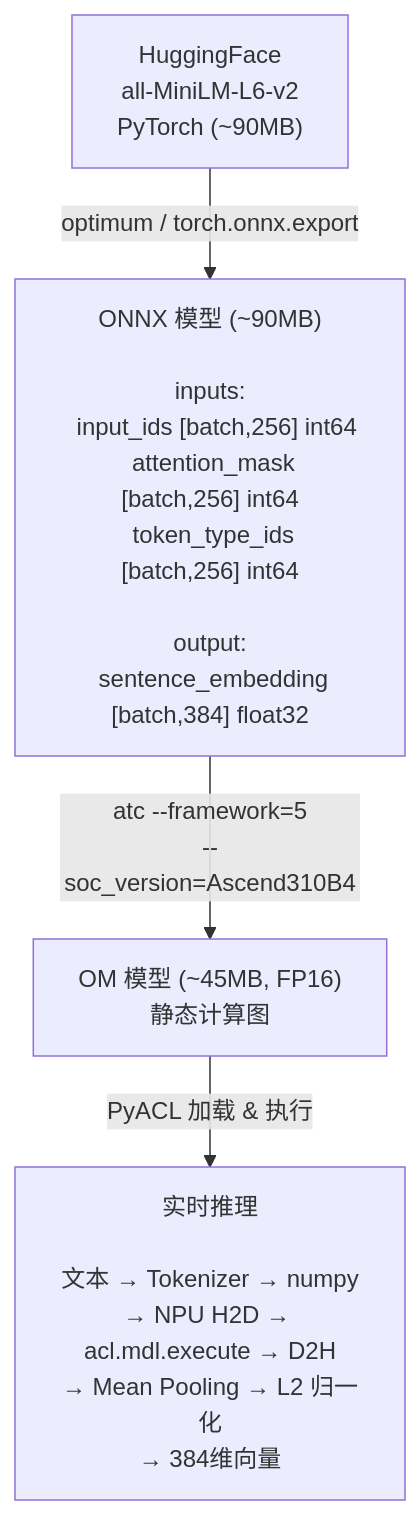
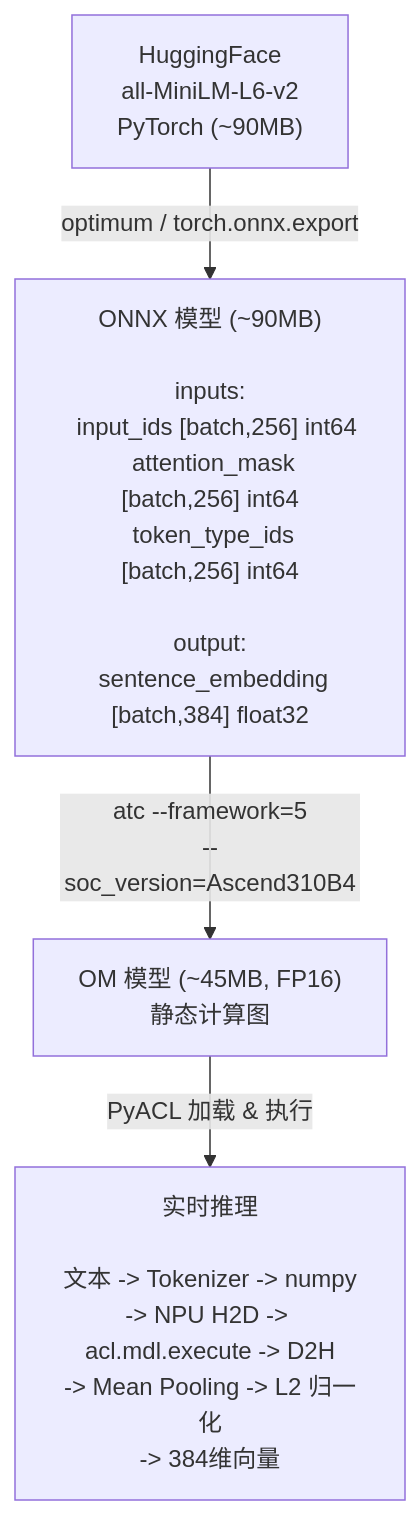
Before and after one commit to zhouxzh/Ascend310: the third of 7 diagrams in src/experiment/case9.md, drawn with Mermaid. The commit also changed other lines of this file and 51 other files, not shown here.

````diff
--- a/src/experiment/case9.md
+++ b/src/experiment/case9.md
@@ -245,7 +245,7 @@
 ```mermaid
 flowchart TD
     HF["HuggingFace<br/>all-MiniLM-L6-v2<br/>PyTorch (~90MB)"]
     HF -->|"optimum / torch.onnx.export"| ONNX["ONNX 模型 (~90MB)<br/><br/>inputs:<br/>  input_ids [batch,256] int64<br/>  attention_mask [batch,256] int64<br/>  token_type_ids [batch,256] int64<br/><br/>output:<br/>  sentence_embedding [batch,384] float32"]
     ONNX -->|"atc --framework=5<br/>--soc_version=Ascend310B4"| OM["OM 模型 (~45MB, FP16)<br/>静态计算图"]
-    OM -->|"PyACL 加载 & 执行"| INFER["实时推理<br/><br/>文本 → Tokenizer → numpy<br/>→ NPU H2D → acl.mdl.execute → D2H<br/>→ Mean Pooling → L2 归一化<br/>→ 384维向量"]
+    OM -->|"PyACL 加载 & 执行"| INFER["实时推理<br/><br/>文本 -> Tokenizer -> numpy<br/>-> NPU H2D -> acl.mdl.execute -> D2H<br/>-> Mean Pooling -> L2 归一化<br/>-> 384维向量"]
 ```
````
